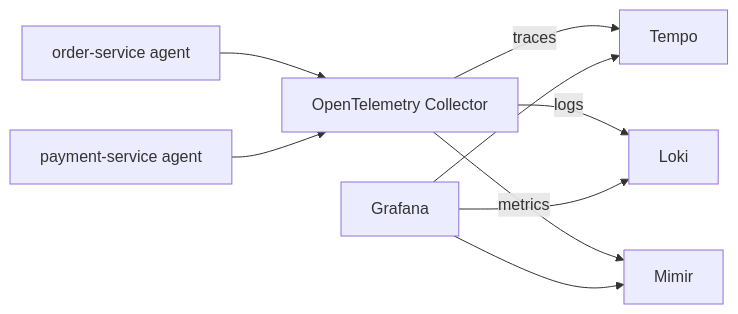
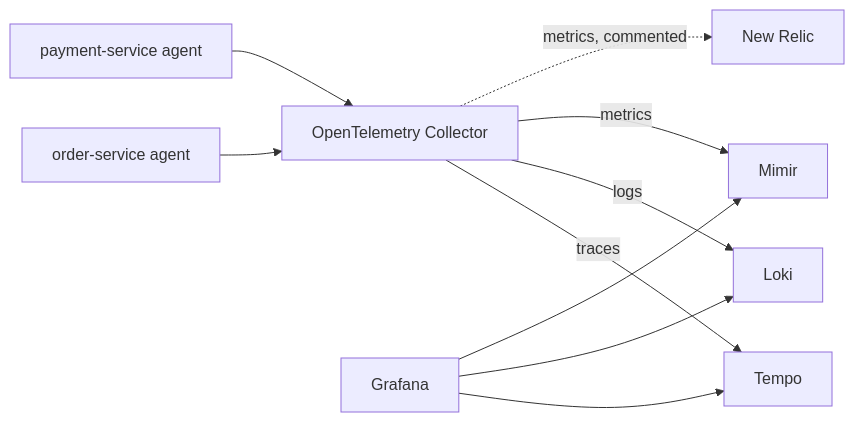
One commit to gbhosal/opentelemetry-tutorial changed the fourth of 5 diagrams in services/README.md. Above: the diagram before and after it, drawn with Mermaid. The commit also changed other lines of this file and 3 other files, not shown here.

First line of the commit message:
Enhance OpenTelemetry demo with New Relic metrics integration

````diff
--- a/services/README.md
+++ b/services/README.md
@@ -89,11 +89,12 @@
 ```mermaid
 flowchart LR
     Order[order-service agent] --> Collector[OpenTelemetry Collector]
     Payment[payment-service agent] --> Collector
     Collector -->|traces| Tempo
     Collector -->|logs| Loki
     Collector -->|metrics| Mimir
+    Collector -.->|metrics, commented| NewRelic[New Relic]
     Grafana --> Tempo
     Grafana --> Loki
     Grafana --> Mimir
 ```
````
